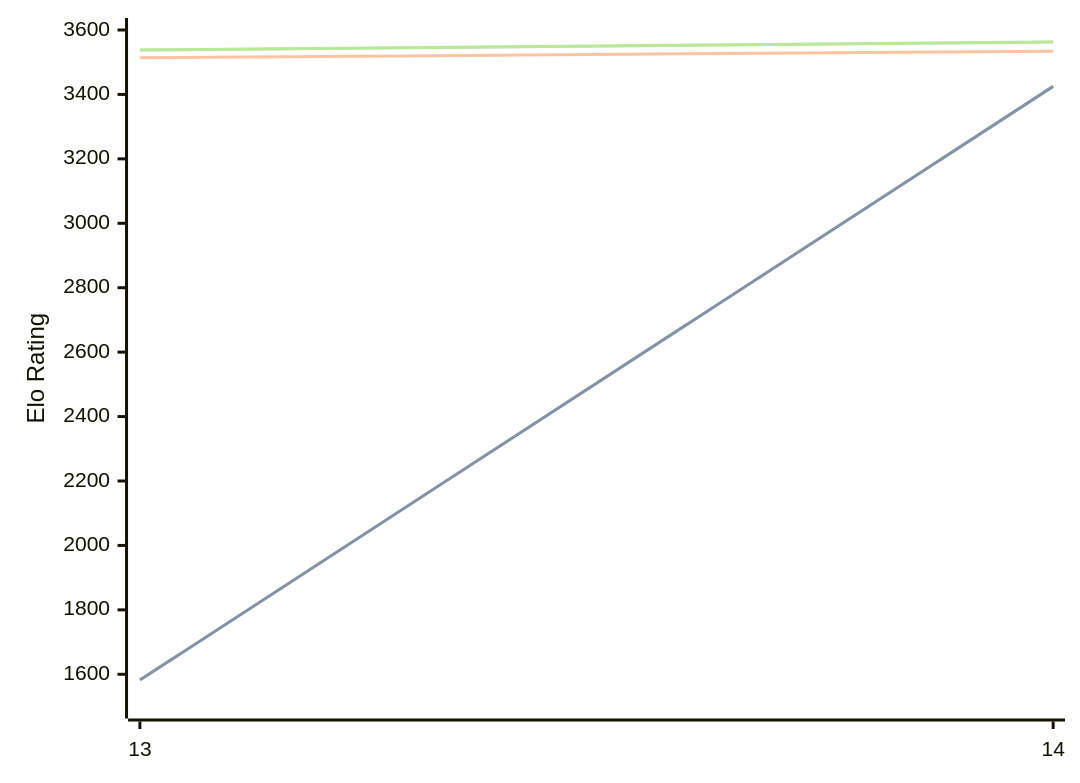
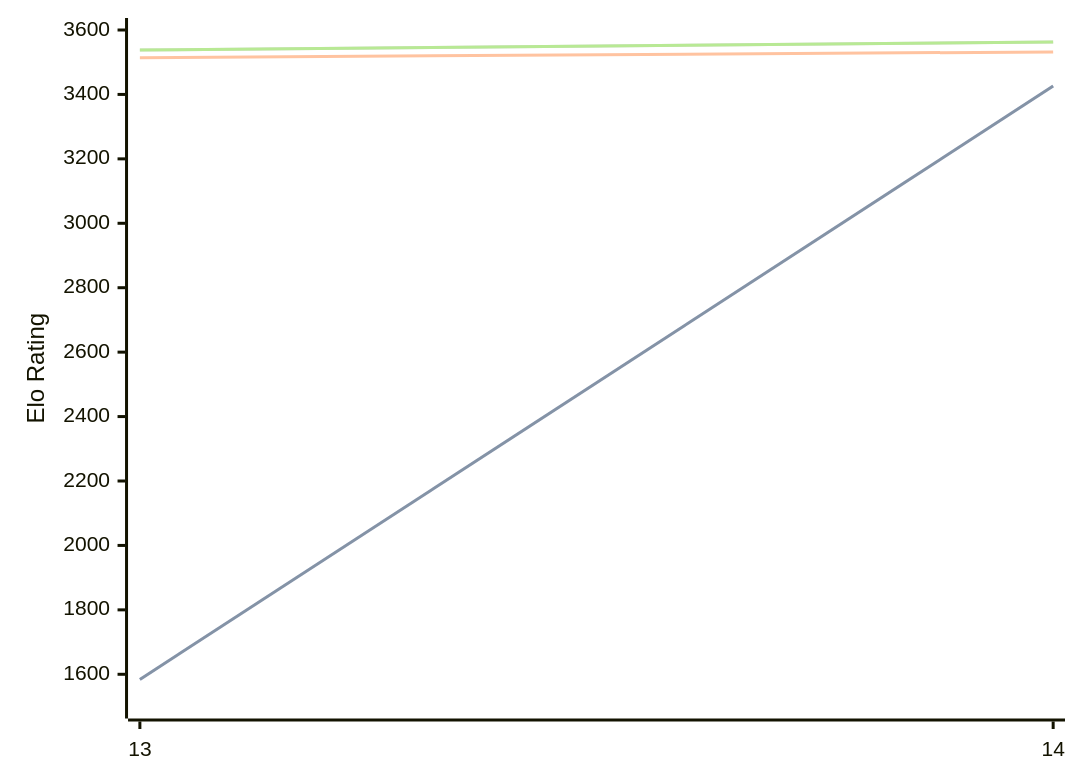
The first of 3 diagrams in engines/Berserk.md (computer-chess-index/cci), drawn with Mermaid before and after one commit. The commit also changed other lines of this file, not shown here.

````diff
--- a/engines/Berserk.md
+++ b/engines/Berserk.md
@@ -63,11 +63,11 @@
 ```mermaid
 %%{init: {"theme":"base","themeVariables":{"seriesColors:['#a3a3a3','#222221','#faa371']}}}%%
 xychart-beta
   x-axis ["13", "14"]
   y-axis "Elo Rating" 1500 --> 3600
-  line "STC (8.0+0.08s)" [1582, 3425]
-  line "STC (8.0+0.08s)" [1582, 3425]
-  line "LTC (60.0+0.60s)" [3514, 3534]
+  line "STC (8.0+0.08s)" [1584, 3426]
+  line "STC (8.0+0.08s)" [1584, 3426]
+  line "LTC (60.0+0.60s)" [3514, 3532]
   line "VLTC (2m24s+1.12s)" [3538, 3563]
   line "VLTC (2m24s+1.12s)" [3538, 3563]
 ```
````
